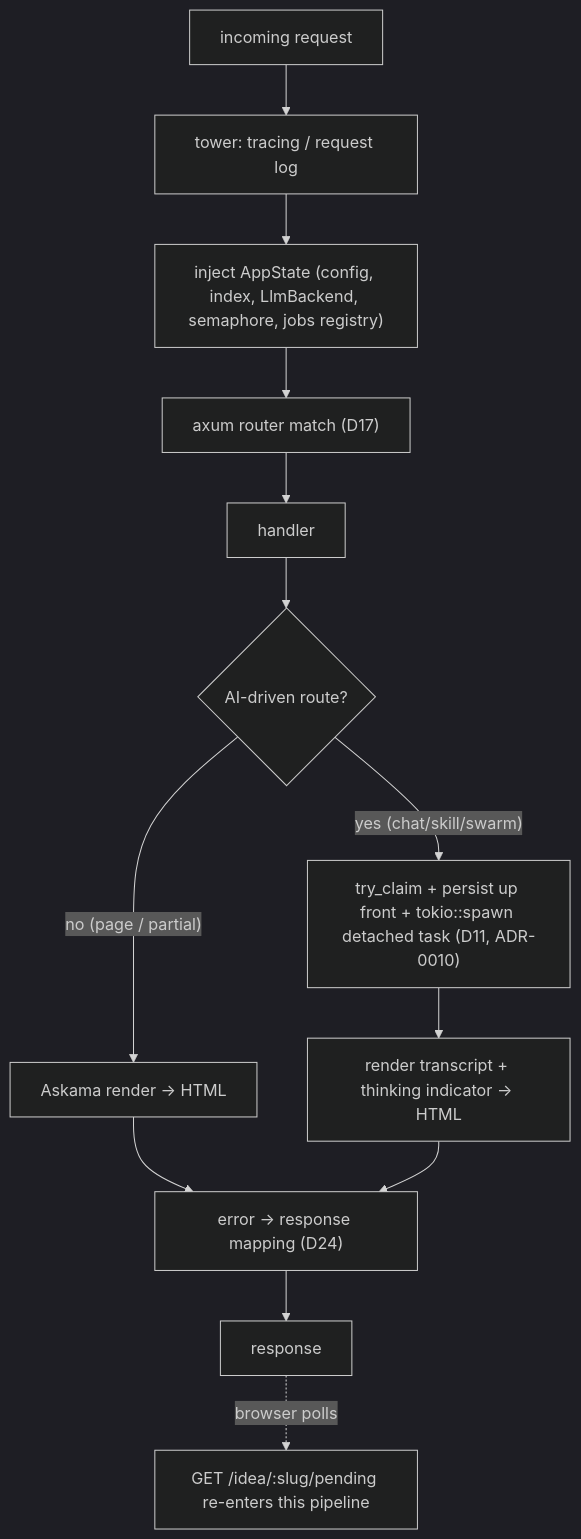
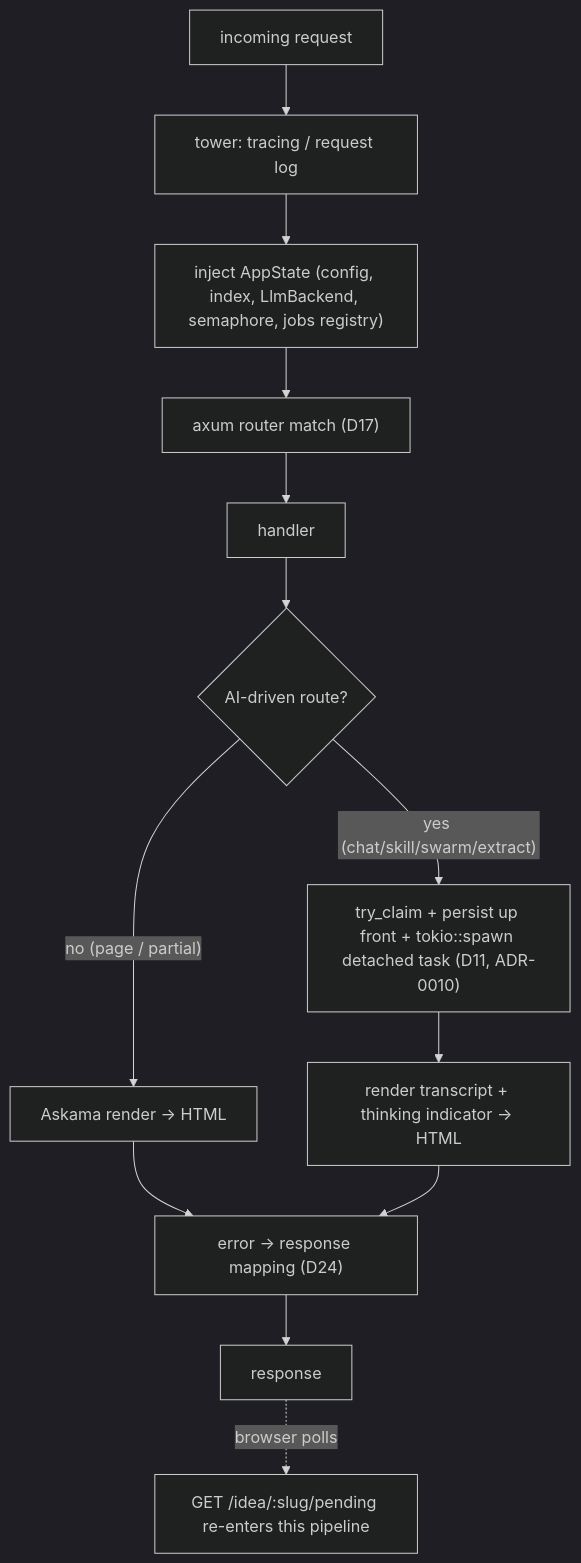
The second of 2 diagrams in docs/09-web-ui.md (jasdian/idea-vault), drawn with Mermaid (dark theme) before and after one commit. The commit also changed other lines of this file and 35 other files, not shown here.

````diff
--- a/docs/09-web-ui.md
+++ b/docs/09-web-ui.md
@@ -82,15 +89,15 @@
 ```mermaid
 flowchart TD
     REQ["incoming request"] --> TRACE["tower: tracing / request log"]
     TRACE --> STATE["inject AppState (config, index, LlmBackend, semaphore, jobs registry)"]
     STATE --> ROUTE["axum router match (D17)"]
     ROUTE --> HANDLER["handler"]
     HANDLER --> BRANCH{"AI-driven route?"}
     BRANCH -- "no (page / partial)" --> RENDER["Askama render → HTML"]
-    BRANCH -- "yes (chat/skill/swarm)" --> JOBBR["try_claim + persist up front + tokio::spawn detached task (D11, ADR-0010)"]
+    BRANCH -- "yes (chat/skill/swarm/extract)" --> JOBBR["try_claim + persist up front + tokio::spawn detached task (D11, ADR-0010)"]
     JOBBR --> RENDER2["render transcript + thinking indicator → HTML"]
     RENDER --> ERRMAP
     RENDER2 --> ERRMAP
     ERRMAP["error → response mapping (D24)"] --> RESP["response"]
     RESP -.->|"browser polls"| POLL["GET /idea/:slug/pending re-enters this pipeline"]
 ```
````
